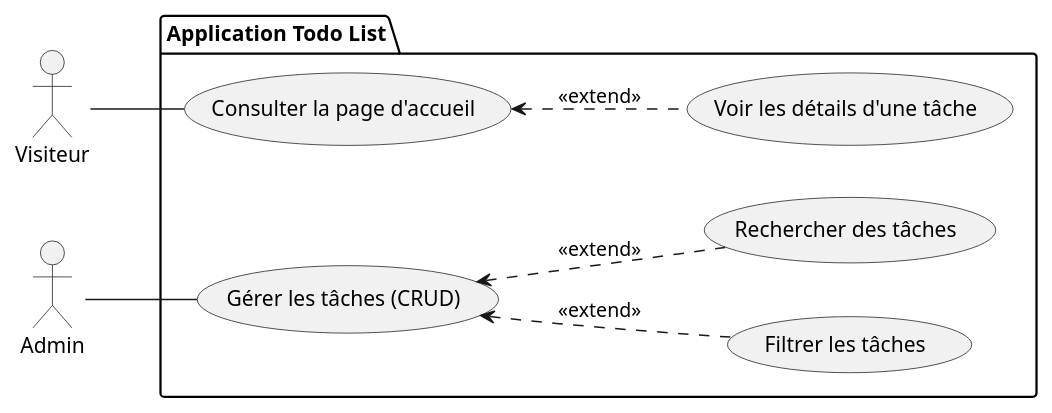
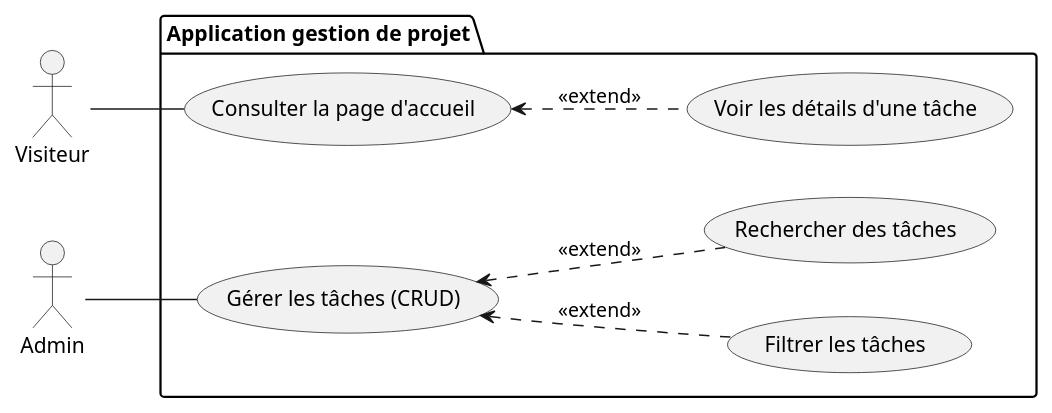
Before and after one commit to Yousra-akg/Projet-Technique: the diagram in Fonctionnalitées/use_case.puml, drawn with PlantUML. The commit also changed 7 other files, not shown here.

```diff
--- a/Fonctionnalitées/use_case.puml
+++ b/Fonctionnalitées/use_case.puml
@@ -1,24 +1,24 @@
 @startuml
 left to right direction
 actor "Visiteur" as Visiteur
 actor "Admin" as Admin
 
-package "Application Todo List" {
+package "Application gestion de projet" {
     usecase "Consulter la page d'accueil" as UC_Accueil
     usecase "Voir les détails d'une tâche" as UC_Details
     
     usecase "Gérer les tâches (CRUD)" as UC_CRUD
     usecase "Filtrer les tâches" as UC_Filtrer
     usecase "Rechercher des tâches" as UC_Rechercher
 }
 
 ' Relations Visiteur
 Visiteur -- UC_Accueil
 UC_Accueil <.. UC_Details : <<extend>>
 
 ' Relations Admin
 Admin -- UC_CRUD
 UC_CRUD <.. UC_Filtrer : <<extend>>
 UC_CRUD <.. UC_Rechercher : <<extend>>
 
 @enduml
```
